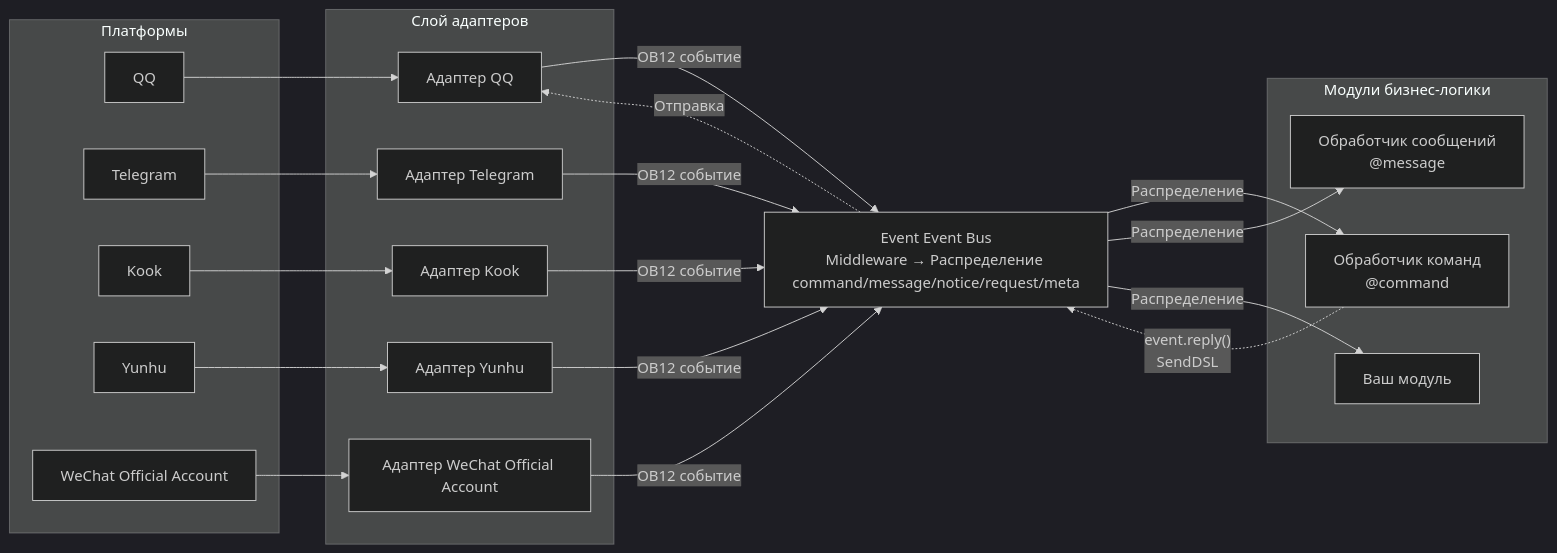
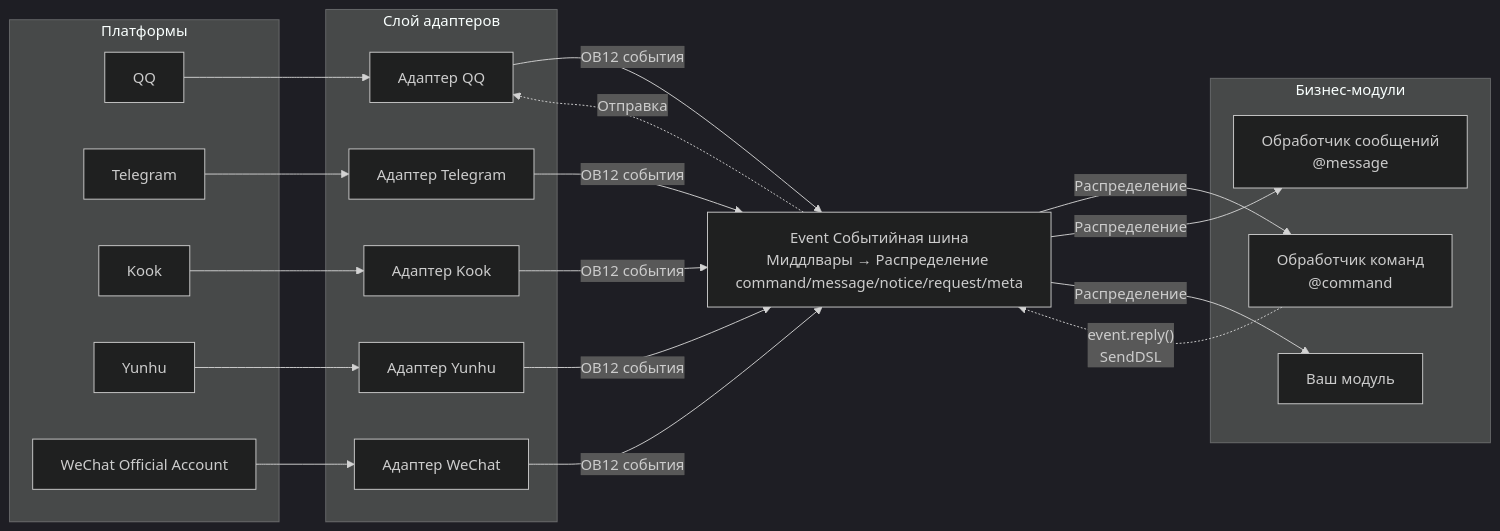
The first of 2 diagrams in README.ru.md (ErisPulse/ErisPulse), drawn with Mermaid (dark theme) before and after one commit. The commit also changed other lines of this file and 7 other files, not shown here.

````diff
--- a/README.ru.md
+++ b/README.ru.md
@@ -111,45 +111,45 @@
 ```mermaid
 graph LR
     subgraph Platforms[Платформы]
         QQ["QQ"]
         TG["Telegram"]
         Kook["Kook"]
         YH["Yunhu"]
         WX["WeChat Official Account"]
     end
 
     subgraph Adapters[Слой адаптеров]
         A1["Адаптер QQ"]
         A2["Адаптер Telegram"]
         A3["Адаптер Kook"]
         A4["Адаптер Yunhu"]
-        A5["Адаптер WeChat Official Account"]
+        A5["Адаптер WeChat"]
     end
 
-    Event["Event Event Bus<br/>Middleware → Распределение command/message/notice/request/meta"]
+    Event["Event Событийная шина<br/>Миддлвары → Распределение command/message/notice/request/meta"]
 
-    subgraph Modules[Модули бизнес-логики]
+    subgraph Modules[Бизнес-модули]
         M1["Обработчик команд<br/>@command"]
         M2["Обработчик сообщений<br/>@message"]
         M3["Ваш модуль"]
     end
 
     QQ --> A1
     TG --> A2
     Kook --> A3
     YH --> A4
     WX --> A5
 
-    A1 -->|"OB12 событие"| Event
-    A2 -->|"OB12 событие"| Event
-    A3 -->|"OB12 событие"| Event
-    A4 -->|"OB12 событие"| Event
-    A5 -->|"OB12 событие"| Event
+    A1 -->|"OB12 события"| Event
+    A2 -->|"OB12 события"| Event
+    A3 -->|"OB12 события"| Event
+    A4 -->|"OB12 события"| Event
+    A5 -->|"OB12 события"| Event
 
     Event -->|"Распределение"| M1
     Event -->|"Распределение"| M2
     Event -->|"Распределение"| M3
 
     M1 -.->|"event.reply()<br/>SendDSL"| Event
     Event -.->|"Отправка"| A1
 ```
````
